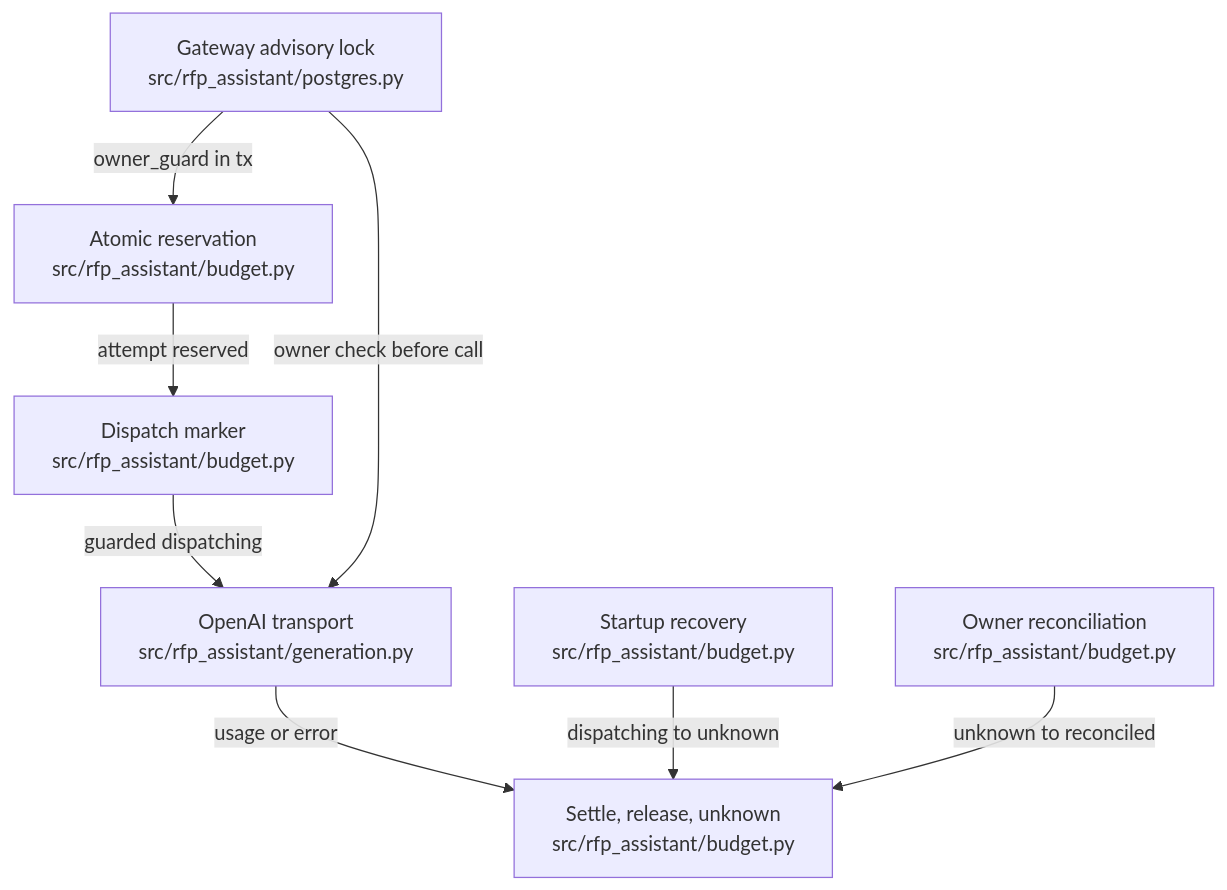
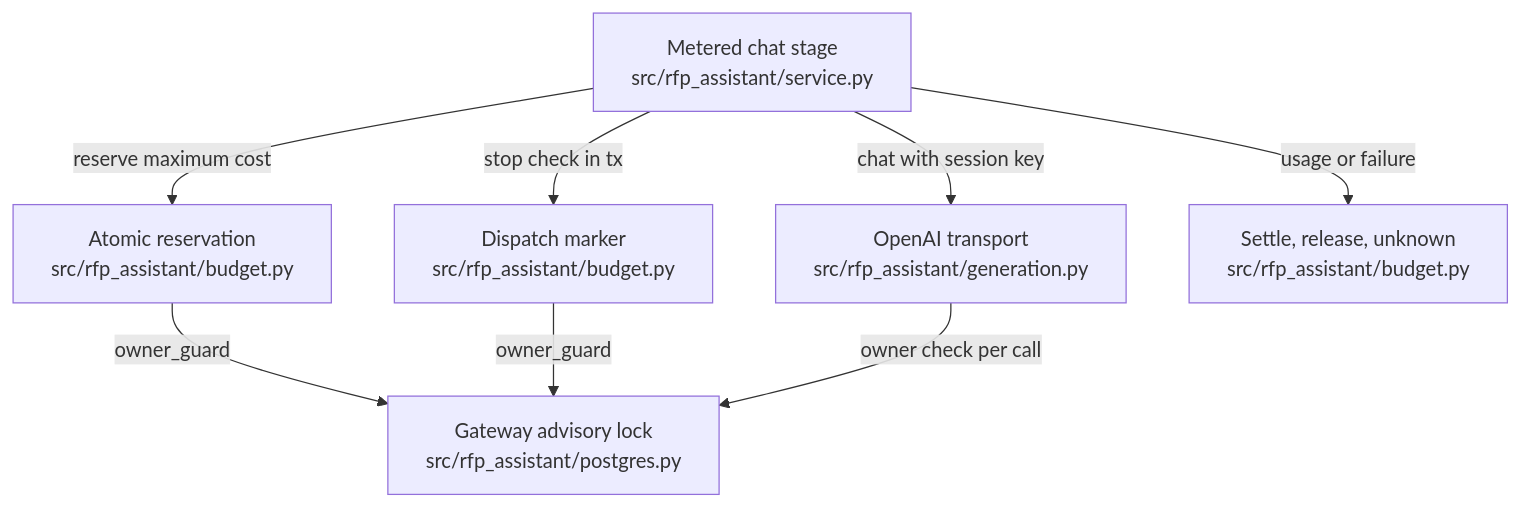
One commit to littleeeeebit/project-codeit-mid changed the diagram in .omm/overall-architecture/paid-gateway/diagram.mmd. Above: the diagram before and after it, drawn with Mermaid. The commit also changed 413 other files, not shown here.

```diff
--- a/.omm/overall-architecture/paid-gateway/diagram.mmd
+++ b/.omm/overall-architecture/paid-gateway/diagram.mmd
@@ -1,8 +1,8 @@
 graph TD
-  gateway-owner["Gateway advisory lock\nsrc/rfp_assistant/postgres.py"] -->|"owner_guard in tx"| admission["Atomic reservation\nsrc/rfp_assistant/budget.py"]
-  admission -->|"attempt reserved"| dispatch-marker["Dispatch marker\nsrc/rfp_assistant/budget.py"]
-  dispatch-marker -->|"guarded dispatching"| provider-transport["OpenAI transport\nsrc/rfp_assistant/generation.py"]
-  gateway-owner -->|"owner check before call"| provider-transport
-  provider-transport -->|"usage or error"| settlement["Settle, release, unknown\nsrc/rfp_assistant/budget.py"]
-  startup-recovery["Startup recovery\nsrc/rfp_assistant/budget.py"] -->|"dispatching to unknown"| settlement
-  owner-reconcile["Owner reconciliation\nsrc/rfp_assistant/budget.py"] -->|"unknown to reconciled"| settlement
+  metered-chat["Metered chat stage\nsrc/rfp_assistant/service.py"] -->|"reserve maximum cost"| budget-reserve["Atomic reservation\nsrc/rfp_assistant/budget.py"]
+  metered-chat -->|"stop check in tx"| dispatch-guard["Dispatch marker\nsrc/rfp_assistant/budget.py"]
+  budget-reserve -->|"owner_guard"| gateway-owner["Gateway advisory lock\nsrc/rfp_assistant/postgres.py"]
+  dispatch-guard -->|"owner_guard"| gateway-owner
+  metered-chat -->|"chat with session key"| openai-transport["OpenAI transport\nsrc/rfp_assistant/generation.py"]
+  openai-transport -->|"owner check per call"| gateway-owner
+  metered-chat -->|"usage or failure"| settlement["Settle, release, unknown\nsrc/rfp_assistant/budget.py"]
```
